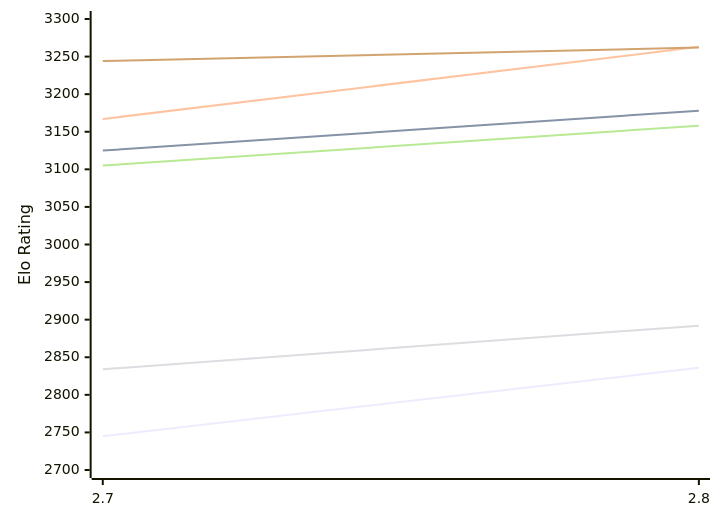
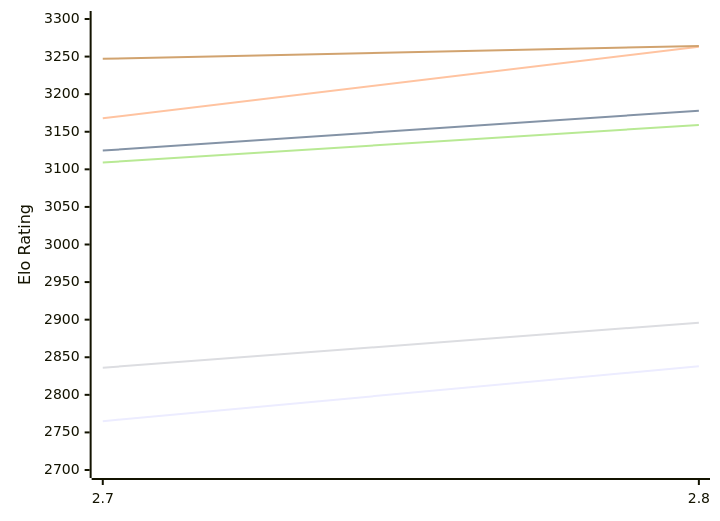
The first of 2 diagrams in engines/Arcanum.md (computer-chess-index/cci), drawn with Mermaid before and after one commit. The commit also changed other lines of this file, not shown here.

Commit message:
Update CCI Ratings (ELO VLTC) - 2026-11-24

````diff
--- a/engines/Arcanum.md
+++ b/engines/Arcanum.md
@@ -50,12 +50,12 @@
 ```mermaid
 %%{init: {"theme":"base","themeVariables":{"seriesColors:['#a3a3a3','#222221','#faa371']}}}%%
 xychart-beta
   x-axis ["2.7", "2.8"]
   y-axis "Elo Rating" 2700 --> 3300
-  line "E1: STC (8.0+0.08s)" [2745, 2836]
+  line "E1: STC (8.0+0.08s)" [2765, 2838]
   line "E1: LTC (60.0+0.60s)" [3125, 3178]
-  line "E1: VLTC (2m24s+1.12s)" [3167, 3263]
-  line "P1: STC (8.0+0.08s)" [2834, 2892]
-  line "P1: LTC (60.0+0.60s)" [3105, 3158]
-  line "P1: VLTC (2m24s+1.12s)" [3244, 3262]
+  line "E1: VLTC (2m24s+1.12s)" [3168, 3263]
+  line "P1: STC (8.0+0.08s)" [2836, 2896]
+  line "P1: LTC (60.0+0.60s)" [3109, 3159]
+  line "P1: VLTC (2m24s+1.12s)" [3247, 3264]
 ```
````
